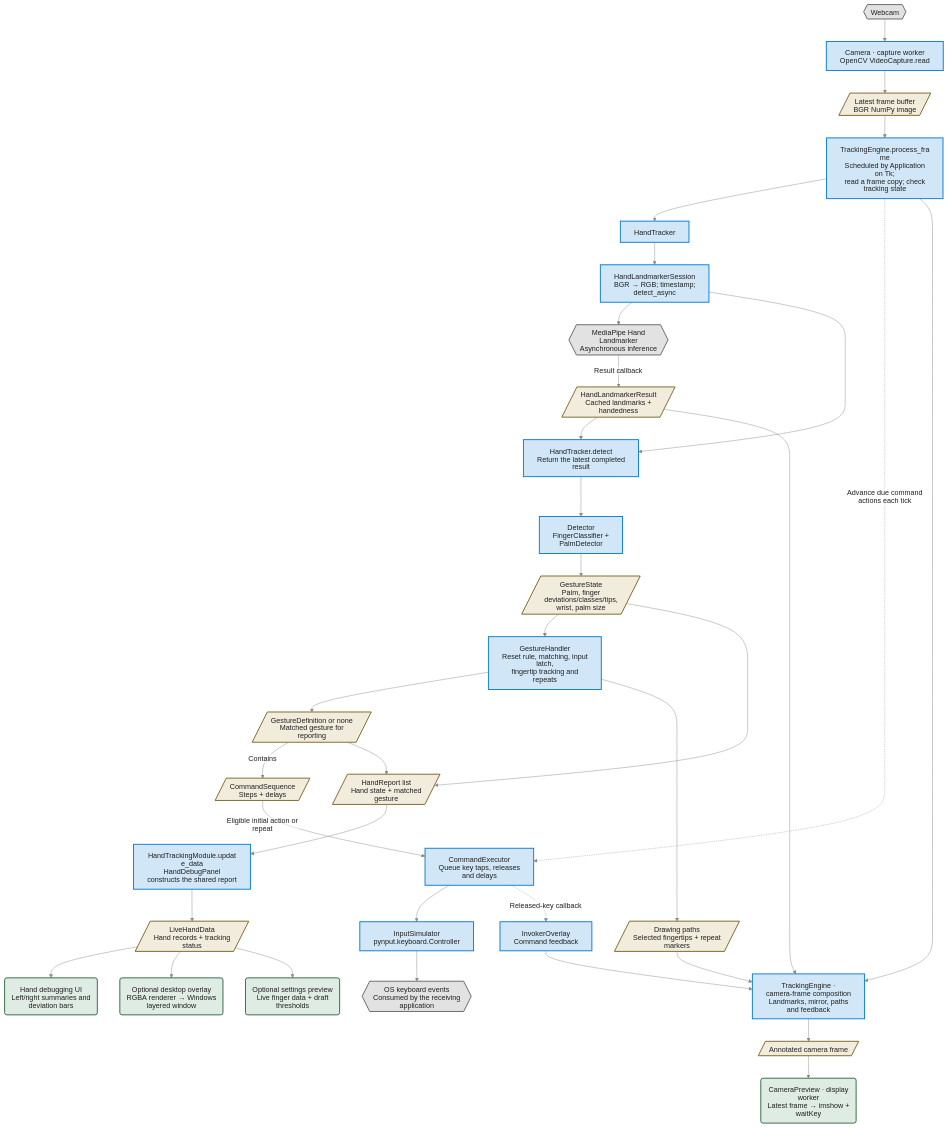
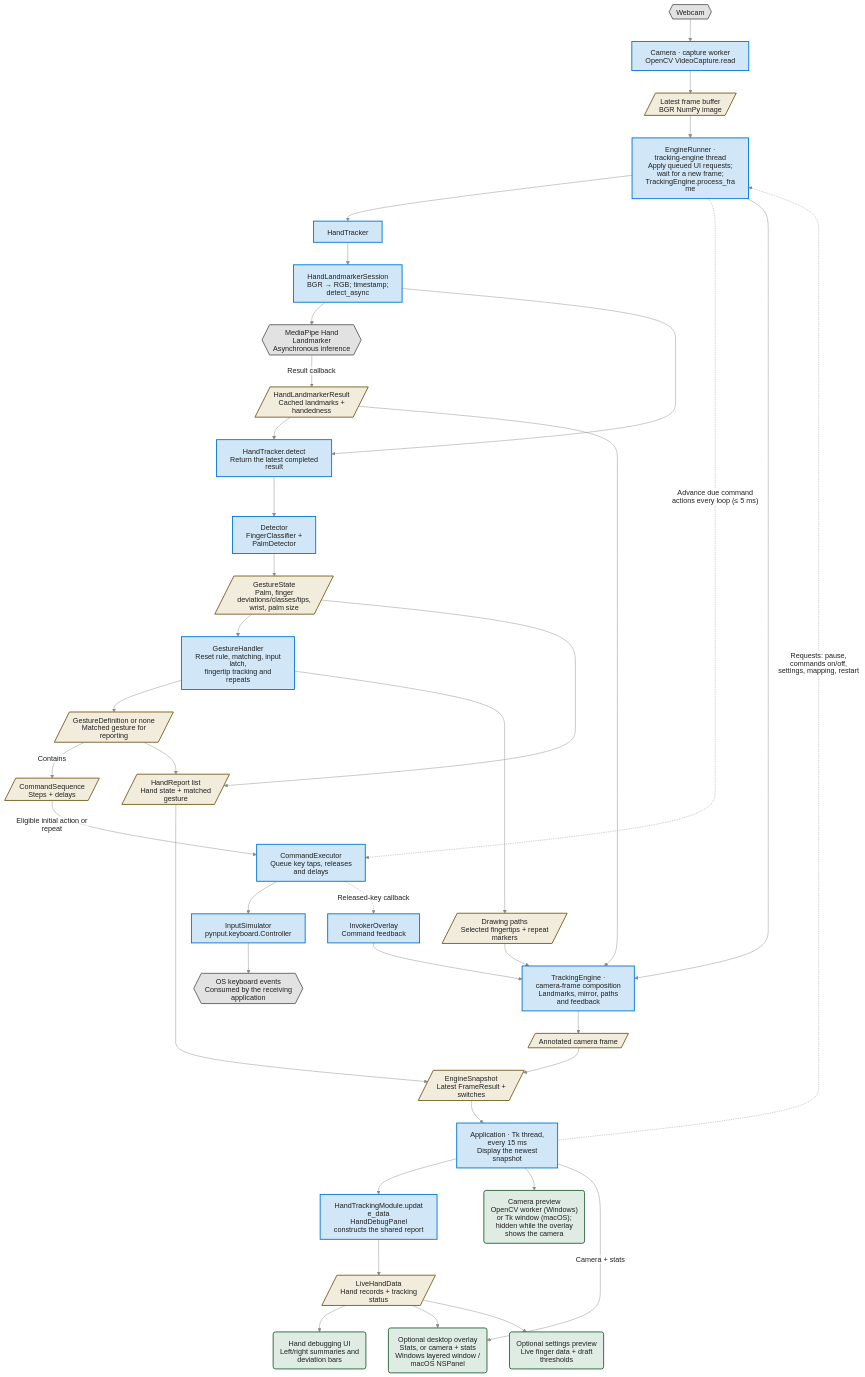
Before and after one commit to MarkJuliusAbraham/ComputerVisionBasics: the first of 3 diagrams in hand-tracking/docs/architecture.md, drawn with Mermaid. The commit also changed 6 other files, not shown here.

````diff
--- a/hand-tracking/docs/architecture.md
+++ b/hand-tracking/docs/architecture.md
@@ -26,47 +26,52 @@
 ```mermaid
 %%{init: {"theme": "base", "htmlLabels": false, "flowchart": {"htmlLabels": false}, "themeCSS": ".edgeLabel rect, .labelBkg { fill: #ffffff !important; opacity: 1 !important; }", "themeVariables": {"primaryTextColor": "#202020", "textColor": "#202020", "lineColor": "#8a8a8a", "edgeLabelBackground": "#ffffff", "clusterBkg": "#f7f7f7", "clusterBorder": "#808080", "titleColor": "#202020", "background": "#ffffff"}}}%%
 flowchart TD
     Webcam{{"Webcam"}}:::external --> Capture["Camera · capture worker<br/>OpenCV VideoCapture.read"]:::component
     Capture --> Frames[/"Latest frame buffer<br/>BGR NumPy image"/]:::data
-    Frames --> App["TrackingEngine.process_frame<br/>Scheduled by Application on Tk;<br/>read a frame copy; check tracking state"]:::component
+    Frames --> App["EngineRunner · tracking-engine thread<br/>Apply queued UI requests; wait for a new frame;<br/>TrackingEngine.process_frame"]:::component
 
     App --> Tracker["HandTracker"]:::component
     Tracker --> Session["HandLandmarkerSession<br/>BGR → RGB; timestamp; detect_async"]:::component
     Session --> Inference{{"MediaPipe Hand Landmarker<br/>Asynchronous inference"}}:::external
     Inference -->|"Result callback"| Results[/"HandLandmarkerResult<br/>Cached landmarks + handedness"/]:::data
     Results --> Poll["HandTracker.detect<br/>Return the latest completed result"]:::component
     Session --> Poll
     Poll --> Detector["Detector<br/>FingerClassifier + PalmDetector"]:::component
     Detector --> State[/"GestureState<br/>Palm, finger deviations/classes/tips, wrist, palm size"/]:::data
 
     State --> Handler["GestureHandler<br/>Reset rule, matching, input latch,<br/>fingertip tracking and repeats"]:::component
     Handler --> Definition[/"GestureDefinition or none<br/>Matched gesture for reporting"/]:::data
     Definition -->|"Contains"| Sequence[/"CommandSequence<br/>Steps + delays"/]:::data
     Sequence -->|"Eligible initial action or repeat"| Executor["CommandExecutor<br/>Queue key taps, releases and delays"]:::component
     Executor --> Input["InputSimulator<br/>pynput.keyboard.Controller"]:::component
     Input --> OS{{"OS keyboard events<br/>Consumed by the receiving application"}}:::external
-    App -. "Advance due command actions each tick" .-> Executor
+    App -. "Advance due command actions every loop (≤ 5 ms)" .-> Executor
 
     State --> Records[/"HandReport list<br/>Hand state + matched gesture"/]:::data
     Definition --> Records
-    Records --> Module["HandTrackingModule.update_data<br/>HandDebugPanel constructs the shared report"]:::component
+    Records --> Snapshot[/"EngineSnapshot<br/>Latest FrameResult + switches"/]:::data
+    Snapshot --> Display["Application · Tk thread, every 15 ms<br/>Display the newest snapshot"]:::component
+    Display -. "Requests: pause, commands on/off,<br/>settings, mapping, restart" .-> App
+    Display --> Module["HandTrackingModule.update_data<br/>HandDebugPanel constructs the shared report"]:::component
     Module --> Report[/"LiveHandData<br/>Hand records + tracking status"/]:::data
     Report --> Debug("Hand debugging UI<br/>Left/right summaries and deviation bars"):::view
-    Report --> Overlay("Optional desktop overlay<br/>RGBA renderer → Windows layered window"):::view
+    Report --> Overlay("Optional desktop overlay<br/>Stats, or camera + stats<br/>Windows layered window / macOS NSPanel"):::view
     Report --> SettingsPreview("Optional settings preview<br/>Live finger data + draft thresholds"):::view
 
     App --> Compose["TrackingEngine · camera-frame composition<br/>Landmarks, mirror, paths and feedback"]:::component
     Results --> Compose
     Handler --> Paths[/"Drawing paths<br/>Selected fingertips + repeat markers"/]:::data
     Paths --> Compose
     Executor -. "Released-key callback" .-> Invoker["InvokerOverlay<br/>Command feedback"]:::component
     Invoker --> Compose
     Compose --> DisplayFrame[/"Annotated camera frame"/]:::data
-    DisplayFrame --> Preview("CameraPreview · display worker<br/>Latest frame → imshow + waitKey"):::view
+    DisplayFrame --> Snapshot
+    Display --> Preview("Camera preview<br/>OpenCV worker (Windows) or Tk window (macOS);<br/>hidden while the overlay shows the camera"):::view
+    Display -->|"Camera + stats"| Overlay
 
     classDef component fill:#d1e7f7,stroke:#0078d4,color:#202020,stroke-width:2px;
     classDef data fill:#f1ecdc,stroke:#76601f,color:#202020,stroke-width:2px;
     classDef view fill:#dfece3,stroke:#28643a,color:#202020,stroke-width:2px;
     classDef config fill:#ece6f0,stroke:#67437d,color:#202020,stroke-width:2px;
     classDef external fill:#e2e2e2,stroke:#606060,color:#202020,stroke-width:2px;
 ```
````
